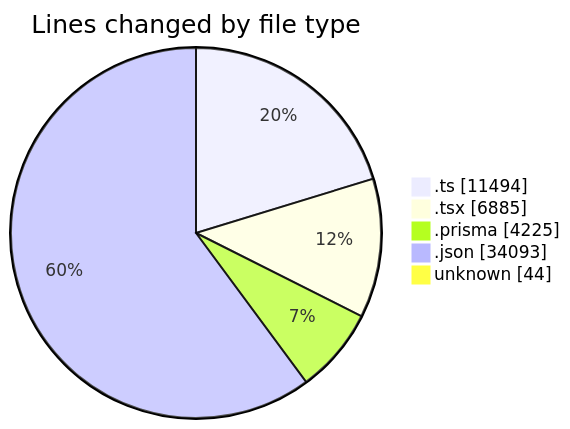
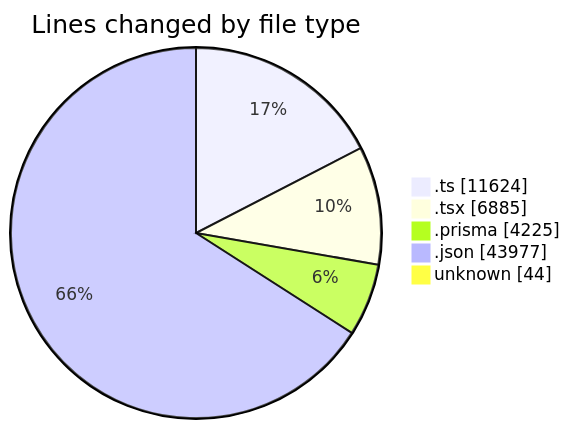
One commit to CELIANVF/code-tracking changed the first of 2 diagrams in 2025-05-19/ecodeli-1/README.md. Above: the diagram before and after it, drawn with Mermaid. The commit also changed other lines of this file and 1 other file, not shown here.

````diff
--- a/2025-05-19/ecodeli-1/README.md
+++ b/2025-05-19/ecodeli-1/README.md
@@ -77,9 +78,9 @@
 ```mermaid
 pie showData
 title Lines changed by file type
-".ts" : 11494
+".ts" : 11624
 ".tsx" : 6885
 ".prisma" : 4225
-".json" : 34093
+".json" : 43977
 "unknown" : 44
 ```
````
